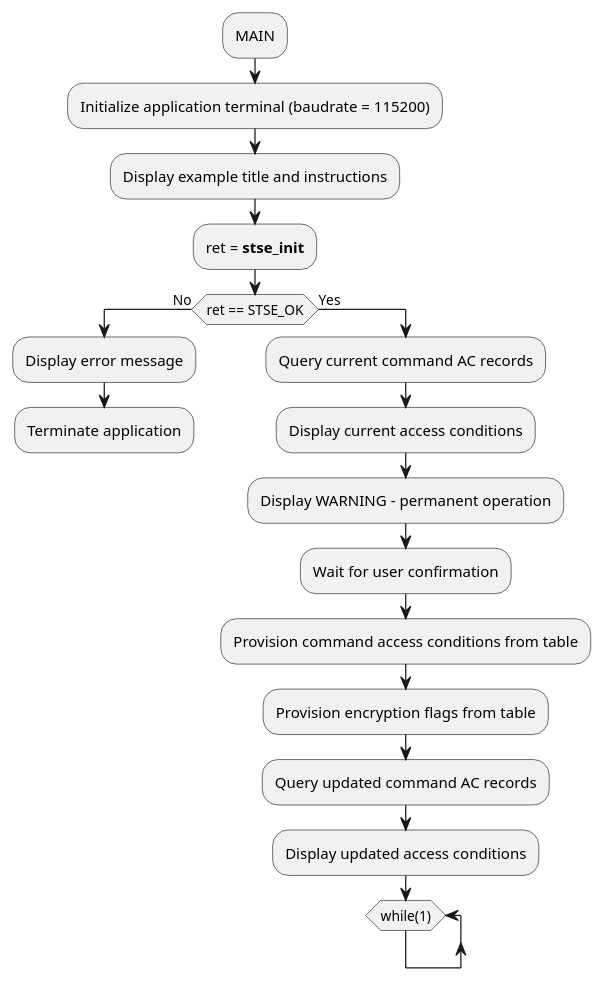
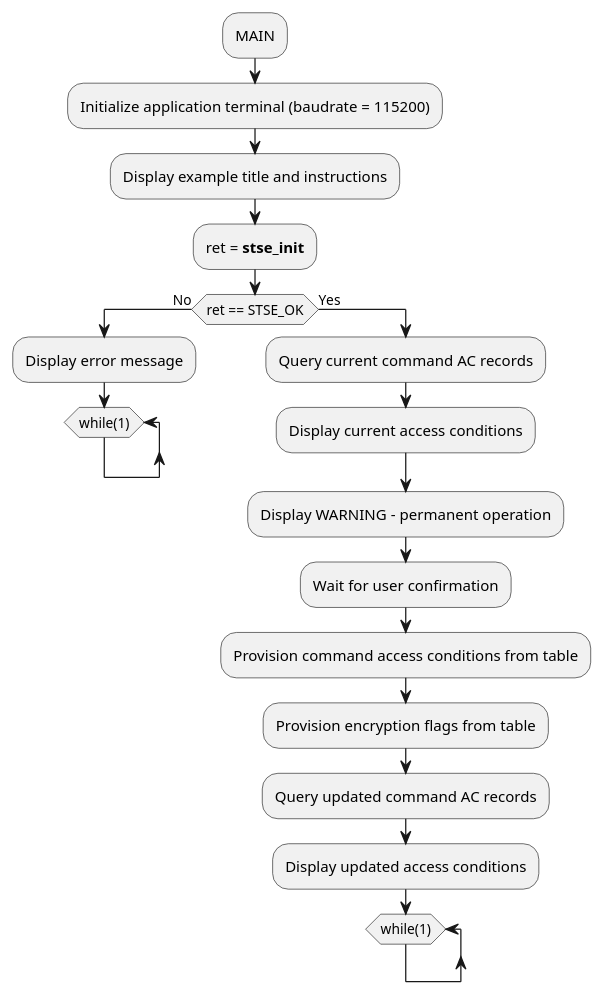
Before and after one commit to Grom-perso/STSAFE-A120_examples_dev: the diagram in Documentation/resources/Markdown/03_Project_examples_description/Command_AC_provisioning/STSAFE-A120_Command_AC_provisioning.md, drawn with PlantUML. The commit also changed other lines of this file and 54 other files, not shown here.

```diff
--- a/Documentation/resources/Markdown/03_Project_examples_description/Command_AC_provisioning/STSAFE-A120_Command_AC_provisioning.md
+++ b/Documentation/resources/Markdown/03_Project_examples_description/Command_AC_provisioning/STSAFE-A120_Command_AC_provisioning.md
@@ -13,25 +11,26 @@
 @startuml{Command_AC_provisioning_flowchart.png} "Command AC Provisioning flowchart" width=5cm
 	:MAIN;
 	:Initialize application terminal (baudrate = 115200);
 	:Display example title and instructions;
 	:ret = <b>stse_init</b>;
 	if(ret == STSE_OK) then (No)
 	:Display error message;
-	:Terminate application;
+	while (while(1))
+	end while
 	-[hidden]->
 	detach
 	else (Yes)
 	:Query current command AC records;
 	:Display current access conditions;
 	:Display WARNING - permanent operation;
 	:Wait for user confirmation;
 	:Provision command access conditions from table;
 	:Provision encryption flags from table;
 	:Query updated command AC records;
 	:Display updated access conditions;
 	while (while(1))
 	end while
 	-[hidden]->
 	detach
 	endif
 @enduml
```
